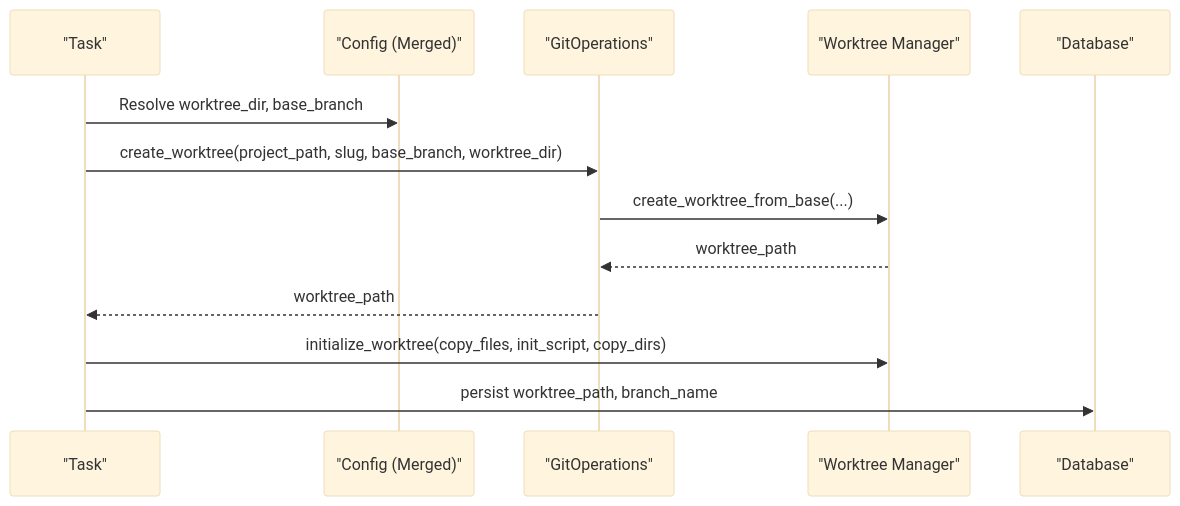
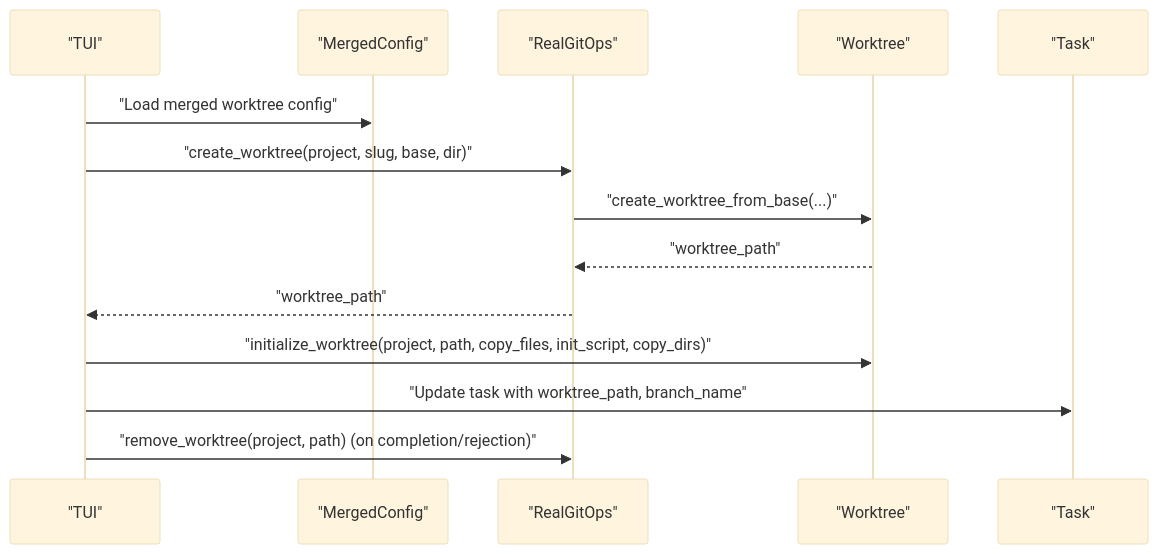
The ninth of 10 diagrams in .qoder/repowiki/en/content/Git Integration/Worktree Management.md (bramburn/agtx), drawn with Mermaid (base theme) before and after one commit. The commit also changed other lines of this file and 140 other files, not shown here.

````diff
--- a/.qoder/repowiki/en/content/Git Integration/Worktree Management.md
+++ b/.qoder/repowiki/en/content/Git Integration/Worktree Management.md
@@ -274,15 +352,16 @@
 ```mermaid
 sequenceDiagram
-participant T as "Task"
-participant C as "Config (Merged)"
-participant G as "GitOperations"
-participant W as "Worktree Manager"
-participant D as "Database"
-T->>C : Resolve worktree_dir, base_branch
-T->>G : create_worktree(project_path, slug, base_branch, worktree_dir)
-G->>W : create_worktree_from_base(...)
-W-->>G : worktree_path
-G-->>T : worktree_path
-T->>W : initialize_worktree(copy_files, init_script, copy_dirs)
-T->>D : persist worktree_path, branch_name
+participant TUI as "TUI"
+participant Cfg as "MergedConfig"
+participant Ops as "RealGitOps"
+participant WT as "Worktree"
+participant DB as "Task"
+TUI->>Cfg : "Load merged worktree config"
+TUI->>Ops : "create_worktree(project, slug, base, dir)"
+Ops->>WT : "create_worktree_from_base(...)"
+WT-->>Ops : "worktree_path"
+Ops-->>TUI : "worktree_path"
+TUI->>WT : "initialize_worktree(project, path, copy_files, init_script, copy_dirs)"
+TUI->>DB : "Update task with worktree_path, branch_name"
+TUI->>Ops : "remove_worktree(project, path) (on completion/rejection)"
 ```
````
